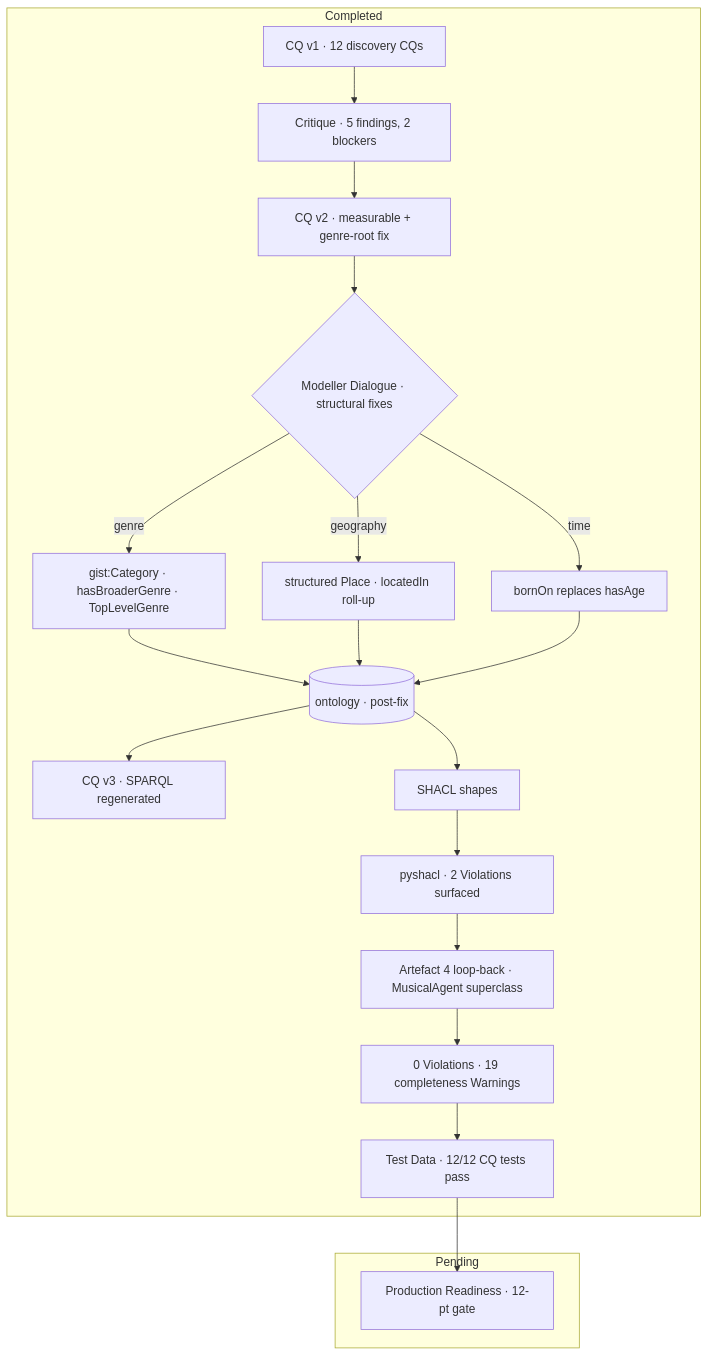
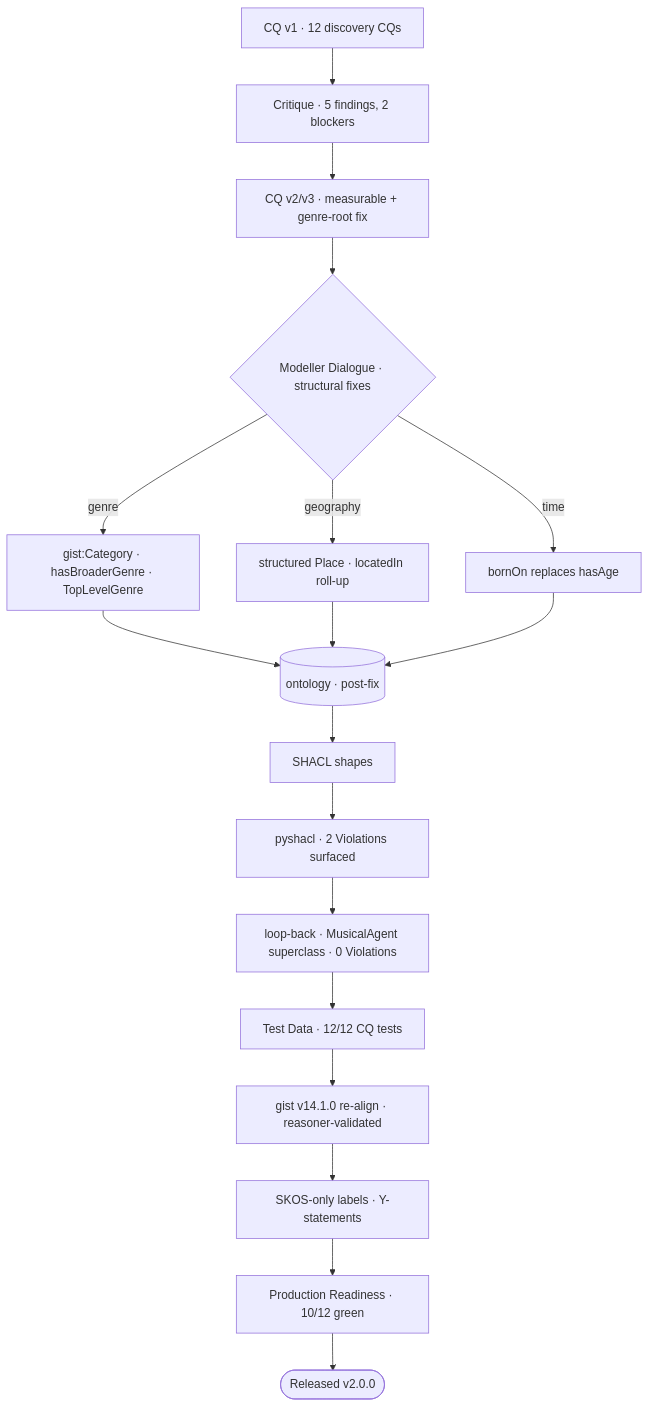
Before and after one commit to blacng/music-ontology: the second of 3 diagrams in README.md, drawn with Mermaid. The commit also changed other lines of this file, not shown here.

First line of the commit message:
docs: refresh README for v2.0.0 (gist namespace, journey, layout, status) (#11)

````diff
--- a/README.md
+++ b/README.md
@@ -38,23 +38,20 @@
 ```mermaid
 flowchart TB
-  subgraph done [Completed]
-    cq1[CQ v1 · 12 discovery CQs] --> crit[Critique · 5 findings, 2 blockers]
-    crit --> cq2[CQ v2 · measurable + genre-root fix]
-    cq2 --> dlg{Modeller Dialogue · structural fixes}
-    dlg -->|genre| g[gist:Category · hasBroaderGenre · TopLevelGenre]
-    dlg -->|geography| pl[structured Place · locatedIn roll-up]
-    dlg -->|time| bd[bornOn replaces hasAge]
-    g --> ttl[(ontology · post-fix)]
-    pl --> ttl
-    bd --> ttl
-    ttl --> cq3[CQ v3 · SPARQL regenerated]
-    ttl --> shacl[SHACL shapes]
-    shacl --> rep[pyshacl · 2 Violations surfaced]
-    rep --> dlg2[Artefact 4 loop-back · MusicalAgent superclass]
-    dlg2 --> ok[0 Violations · 19 completeness Warnings]
-    ok --> td[Test Data · 12/12 CQ tests pass]
-  end
-  subgraph pending [Pending]
-    td --> pr[Production Readiness · 12-pt gate]
-  end
+  cq1[CQ v1 · 12 discovery CQs] --> crit[Critique · 5 findings, 2 blockers]
+  crit --> cq2[CQ v2/v3 · measurable + genre-root fix]
+  cq2 --> dlg{Modeller Dialogue · structural fixes}
+  dlg -->|genre| g[gist:Category · hasBroaderGenre · TopLevelGenre]
+  dlg -->|geography| pl[structured Place · locatedIn roll-up]
+  dlg -->|time| bd[bornOn replaces hasAge]
+  g --> ttl[(ontology · post-fix)]
+  pl --> ttl
+  bd --> ttl
+  ttl --> shacl[SHACL shapes]
+  shacl --> rep[pyshacl · 2 Violations surfaced]
+  rep --> dlg2[loop-back · MusicalAgent superclass · 0 Violations]
+  dlg2 --> td[Test Data · 12/12 CQ tests]
+  td --> gist[gist v14.1.0 re-align · reasoner-validated]
+  gist --> skos[SKOS-only labels · Y-statements]
+  skos --> pr[Production Readiness · 10/12 green]
+  pr --> rel([Released v2.0.0])
 ```
````
